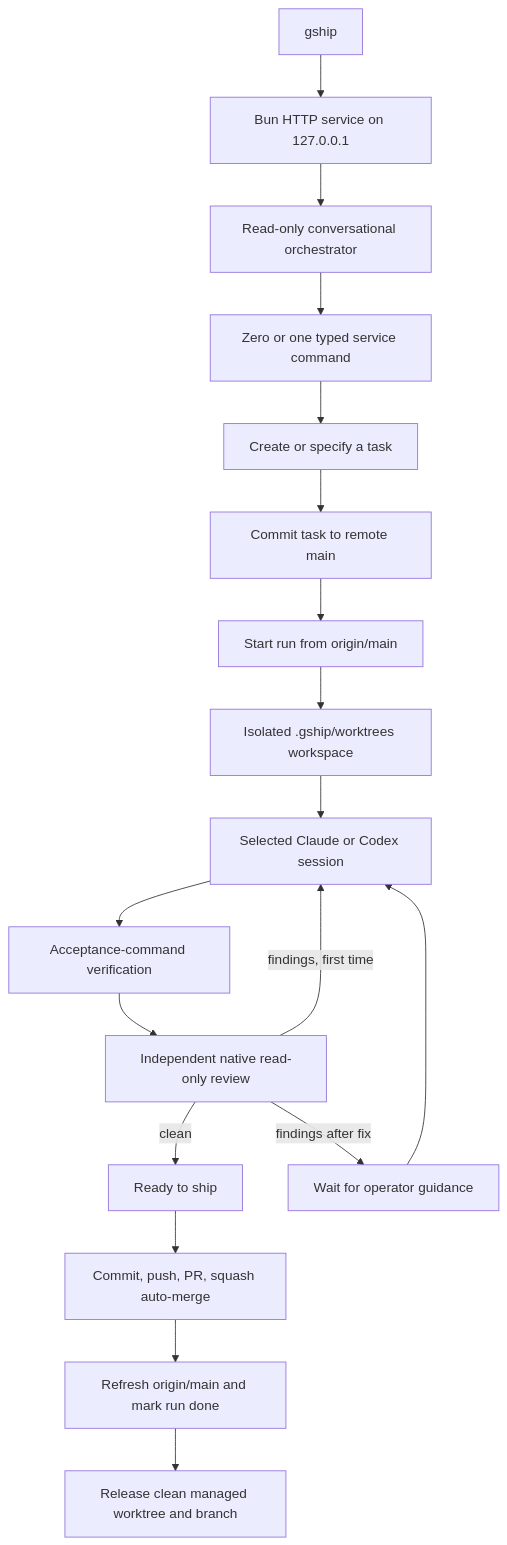
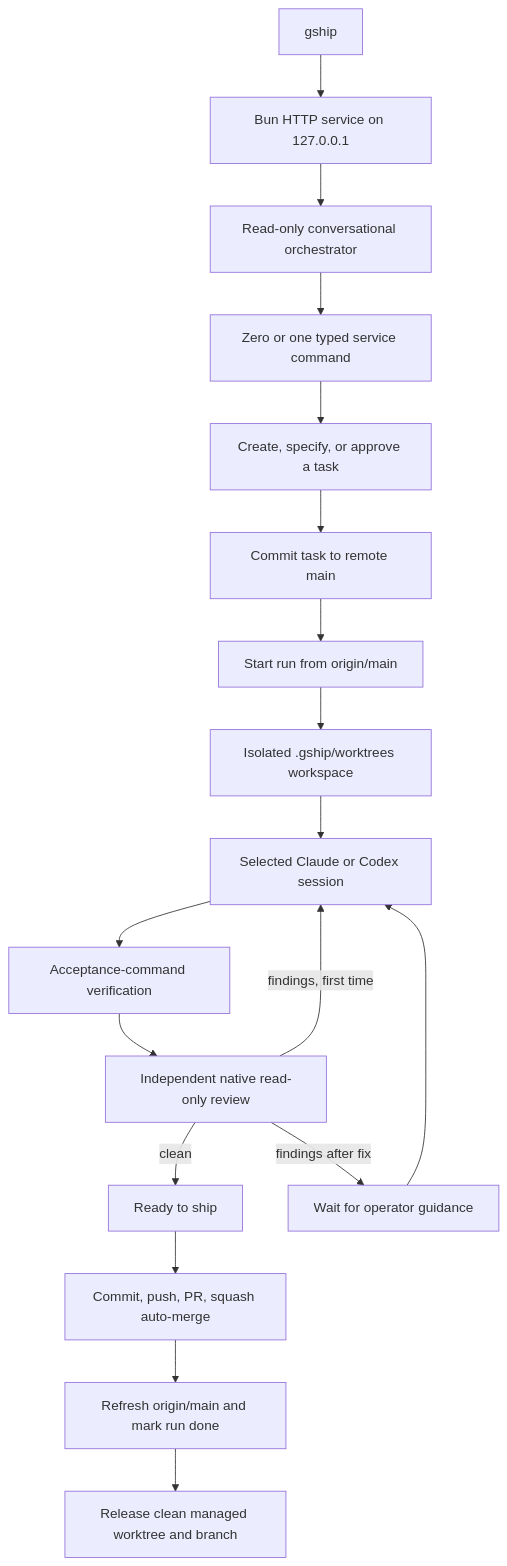
One commit to eduardocaminha/cam-cli changed the diagram in FLOW.md. Above: the diagram before and after it, drawn with Mermaid. The commit also changed other lines of this file and 94 other files, not shown here.

````diff
--- a/FLOW.md
+++ b/FLOW.md
@@ -6,20 +6,20 @@
 ```mermaid
 flowchart TD
     START["gship"] --> WEB["Bun HTTP service on 127.0.0.1"]
     WEB --> CHAT["Read-only conversational orchestrator"]
     CHAT --> COMMAND["Zero or one typed service command"]
-    COMMAND --> INTAKE["Create or specify a task"]
+    COMMAND --> INTAKE["Create, specify, or approve a task"]
     INTAKE --> SOURCE["Commit task to remote main"]
     SOURCE --> RUN["Start run from origin/main"]
     RUN --> WORKTREE["Isolated .gship/worktrees workspace"]
     WORKTREE --> IMPLEMENT["Selected Claude or Codex session"]
     IMPLEMENT --> VERIFY["Acceptance-command verification"]
     VERIFY --> REVIEW["Independent native read-only review"]
     REVIEW -->|clean| READY["Ready to ship"]
     REVIEW -->|findings, first time| IMPLEMENT
     REVIEW -->|findings after fix| WAIT["Wait for operator guidance"]
     WAIT --> IMPLEMENT
     READY --> SHIP["Commit, push, PR, squash auto-merge"]
     SHIP --> DONE["Refresh origin/main and mark run done"]
     DONE --> RELEASE["Release clean managed worktree and branch"]
 ```
````
